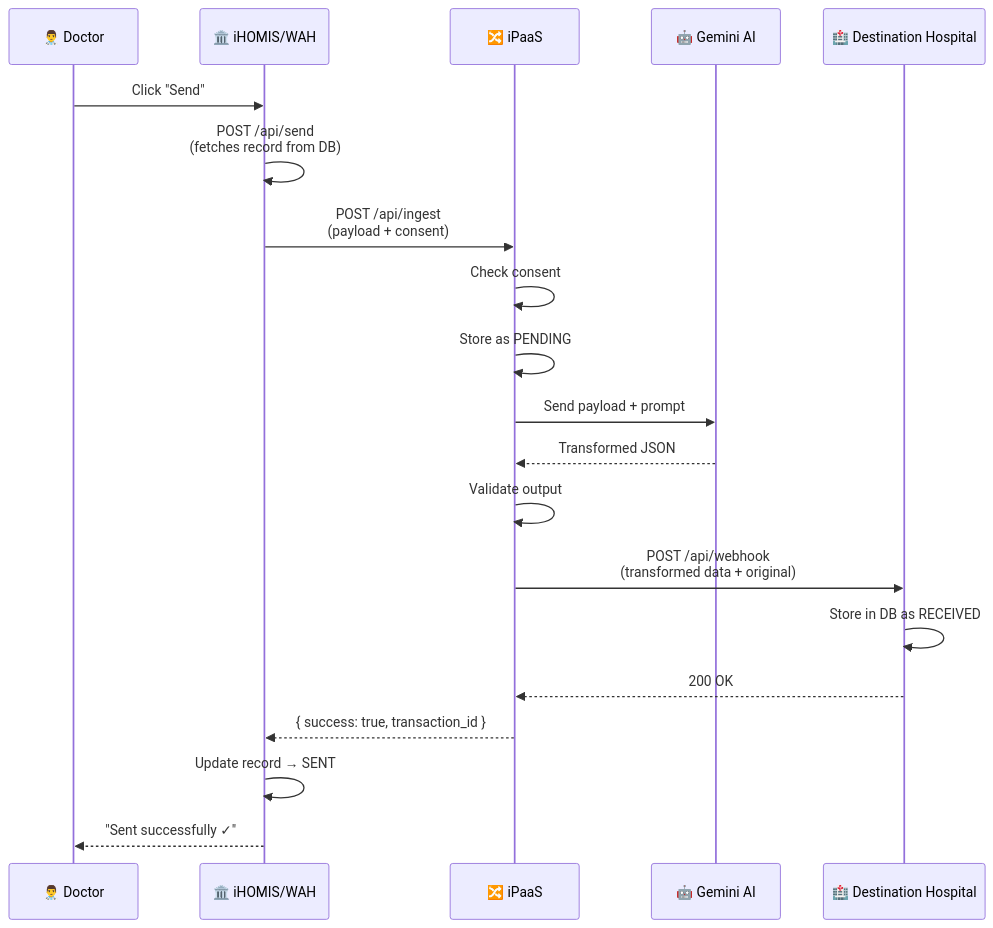
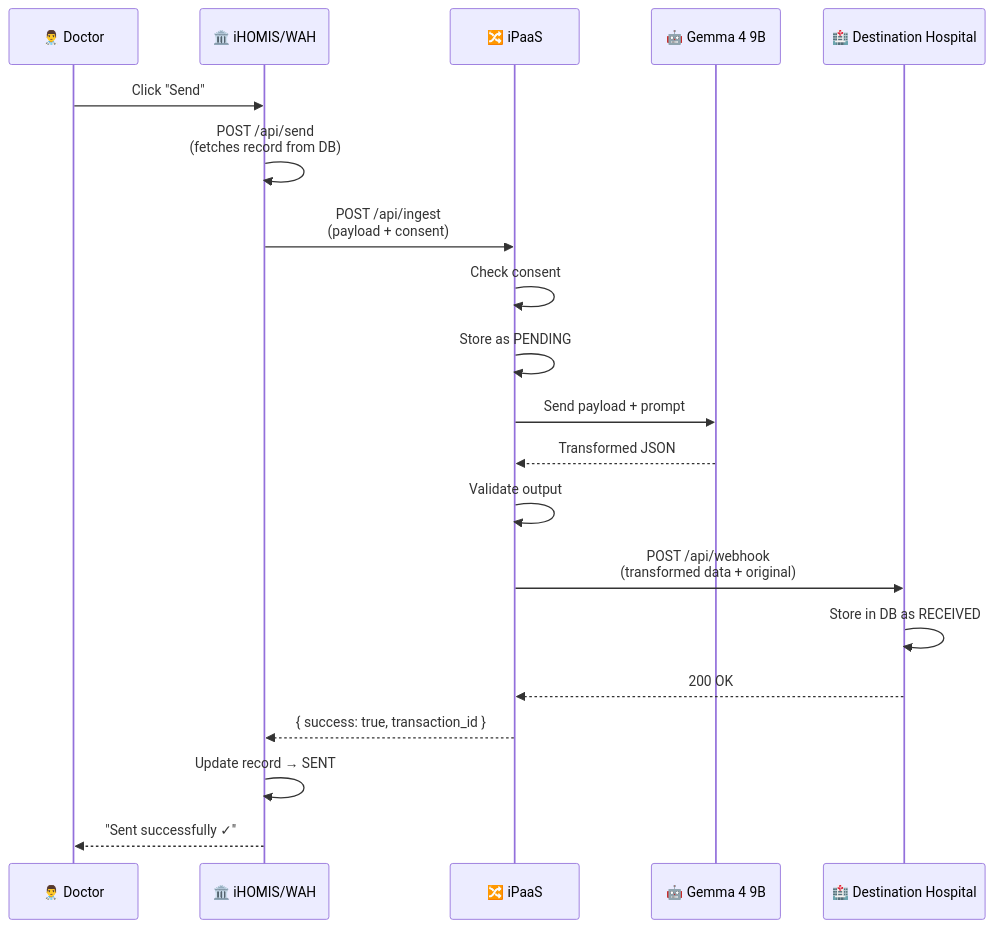
Diagram 17 of 20 in SYSTEM_FLOWCHARTS.md (Vince0028/WAH4PCE-MERGE-CONFLICT), drawn with Mermaid before and after one commit. The commit also changed other lines of this file and 1 other file, not shown here.

Commit message:
refactor: update documentation to replace Gemini AI references with Gemma 4 9B

````diff
--- a/SYSTEM_FLOWCHARTS.md
+++ b/SYSTEM_FLOWCHARTS.md
@@ -714,23 +714,23 @@
 ```mermaid
 sequenceDiagram
     participant Doc as 👨‍⚕️ Doctor
     participant Hospital as 🏛️ iHOMIS/WAH
     participant iPaaS as 🔀 iPaaS
-    participant AI as 🤖 Gemini AI
+    participant AI as 🤖 Gemma 4 9B
     participant Dest as 🏥 Destination Hospital
 
     Doc->>Hospital: Click "Send"
     Hospital->>Hospital: POST /api/send<br/>(fetches record from DB)
     Hospital->>iPaaS: POST /api/ingest<br/>(payload + consent)
     iPaaS->>iPaaS: Check consent
     iPaaS->>iPaaS: Store as PENDING
     iPaaS->>AI: Send payload + prompt
     AI-->>iPaaS: Transformed JSON
     iPaaS->>iPaaS: Validate output
     iPaaS->>Dest: POST /api/webhook<br/>(transformed data + original)
     Dest->>Dest: Store in DB as RECEIVED
     Dest-->>iPaaS: 200 OK
     iPaaS-->>Hospital: { success: true, transaction_id }
     Hospital->>Hospital: Update record → SENT
     Hospital-->>Doc: "Sent successfully ✓"
 ```
````
